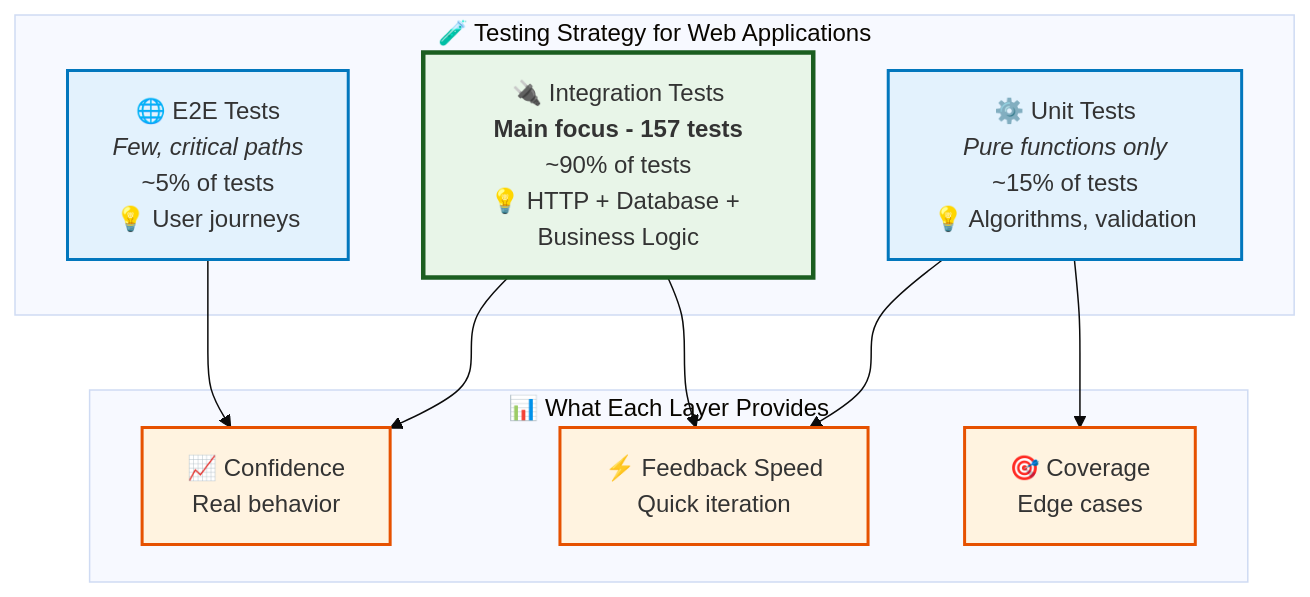
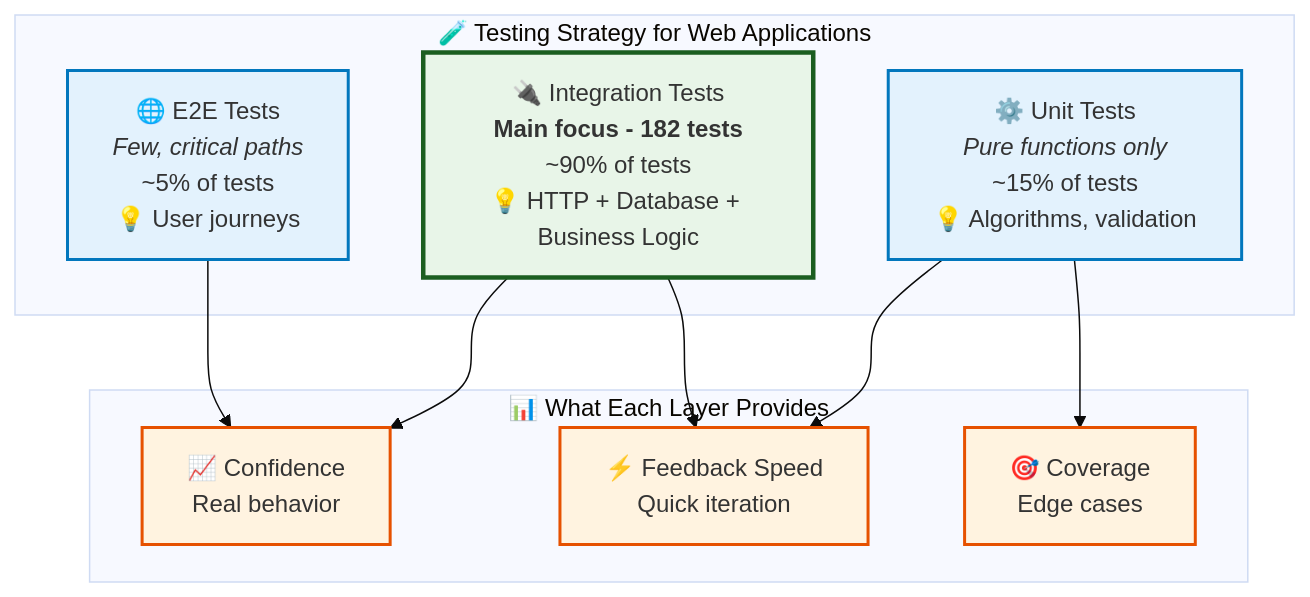
The first of 2 diagrams in docs/guides/08-testing.md (quanhua92/rust-fullstack-starter), drawn with Mermaid (base theme) before and after one commit. The commit also changed other lines of this file and 4 other files, not shown here.

````diff
--- a/docs/guides/08-testing.md
+++ b/docs/guides/08-testing.md
@@ -54,30 +54,30 @@
 ```mermaid
 graph TD
     subgraph "🧪 Testing Strategy for Web Applications"
         E2E[🌐 E2E Tests<br/><i>Few, critical paths</i><br/>~5% of tests<br/>💡 User journeys]
         
-        INTEGRATION[🔌 Integration Tests<br/><b>Main focus - 157 tests</b><br/>~90% of tests<br/>💡 HTTP + Database + Business Logic]
+        INTEGRATION[🔌 Integration Tests<br/><b>Main focus - 182 tests</b><br/>~90% of tests<br/>💡 HTTP + Database + Business Logic]
         
         UNIT[⚙️ Unit Tests<br/><i>Pure functions only</i><br/>~15% of tests<br/>💡 Algorithms, validation]
     end
     
     subgraph "📊 What Each Layer Provides"
         CONFIDENCE[📈 Confidence<br/>Real behavior]
         SPEED[⚡ Feedback Speed<br/>Quick iteration]
         COVERAGE[🎯 Coverage<br/>Edge cases]
     end
     
     E2E --> CONFIDENCE
     INTEGRATION --> CONFIDENCE
     INTEGRATION --> SPEED
     UNIT --> SPEED
     UNIT --> COVERAGE
     
     classDef main fill:#e8f5e8,stroke:#1b5e20,stroke-width:3px
     classDef support fill:#e3f2fd,stroke:#0277bd,stroke-width:2px
     classDef benefit fill:#fff3e0,stroke:#e65100,stroke-width:2px
     
     class INTEGRATION main
     class E2E,UNIT support
     class CONFIDENCE,SPEED,COVERAGE benefit
 ```
````
